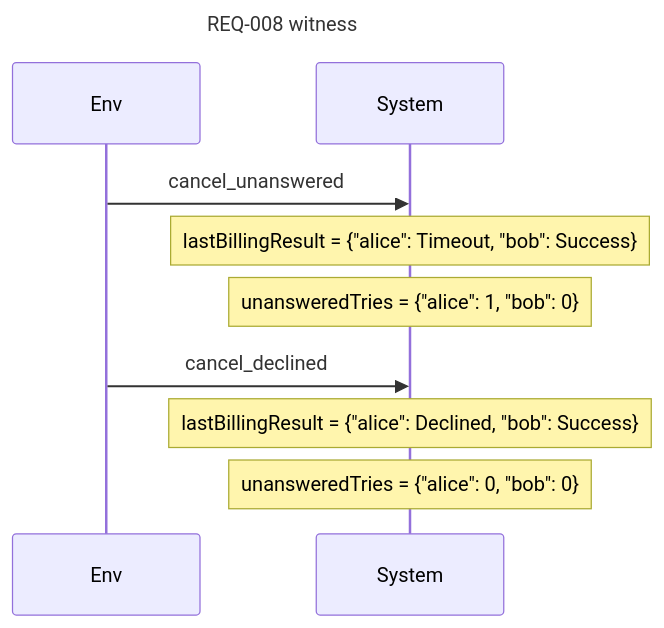
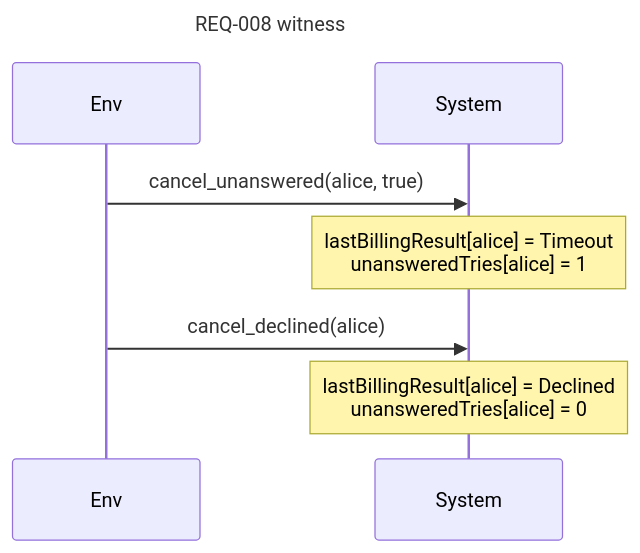
The ninth of 10 diagrams in examples/specs/subscription.readback.md (AlesKracik/quintessence), drawn with Mermaid before and after one commit. The commit also changed other lines of this file and 17 other files, not shown here.

````diff
--- a/examples/specs/subscription.readback.md
+++ b/examples/specs/subscription.readback.md
@@ -596,12 +604,10 @@
 ```mermaid
 sequenceDiagram
     title REQ-008 witness
     participant E as Env
     participant S as System
-    E->>S: cancel_unanswered
-    Note over S: lastBillingResult = {"alice": Timeout, "bob": Success}
-    Note over S: unansweredTries = {"alice": 1, "bob": 0}
-    E->>S: cancel_declined
-    Note over S: lastBillingResult = {"alice": Declined, "bob": Success}
-    Note over S: unansweredTries = {"alice": 0, "bob": 0}
+    E->>S: cancel_unanswered(alice, true)
+    Note over S: lastBillingResult[alice] = Timeout<br/>unansweredTries[alice] = 1
+    E->>S: cancel_declined(alice)
+    Note over S: lastBillingResult[alice] = Declined<br/>unansweredTries[alice] = 0
 ```
````
